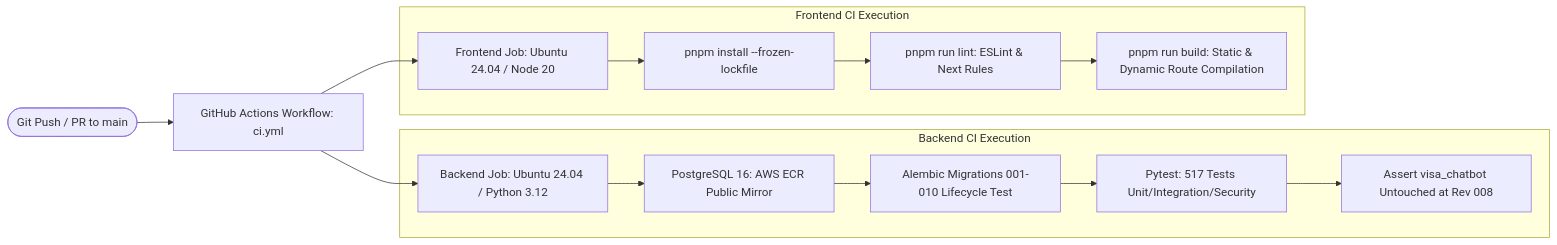
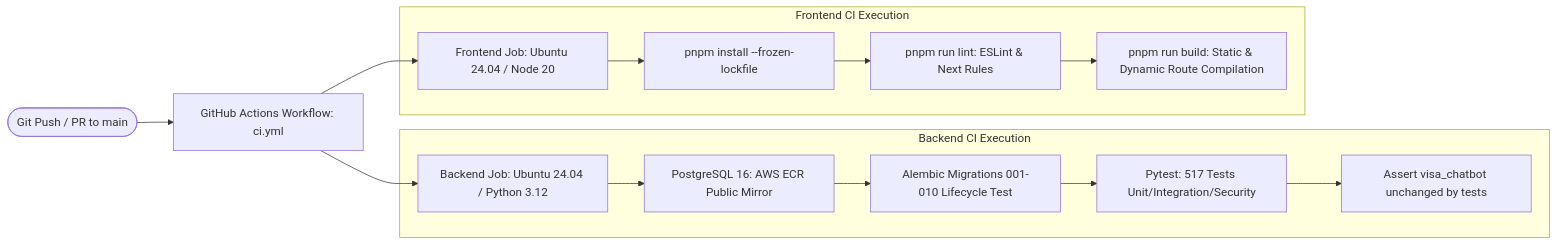
One commit to sukhmansaran/visa-rag-llm changed the second of 2 diagrams in docs/ARCHITECTURE.md. Above: the diagram before and after it, drawn with Mermaid. The commit also changed other lines of this file and 5 other files, not shown here.

First line of the commit message:
fix: drop dev-DB rev-008 freeze; tests now assert the dev DB is unchanged

````diff
--- a/docs/ARCHITECTURE.md
+++ b/docs/ARCHITECTURE.md
@@ -133,19 +133,19 @@
 ```mermaid
 graph LR
     Push([Git Push / PR to main]) --> CI[GitHub Actions Workflow: ci.yml]
     CI --> BackendJob[Backend Job: Ubuntu 24.04 / Python 3.12]
     CI --> FrontendJob[Frontend Job: Ubuntu 24.04 / Node 20]
 
     subgraph Backend CI Execution
         BackendJob --> PGService[PostgreSQL 16: AWS ECR Public Mirror]
         PGService --> AlembicLifecycle[Alembic Migrations 001-010 Lifecycle Test]
         AlembicLifecycle --> PytestSuite[Pytest: 517 Tests Unit/Integration/Security]
-        PytestSuite --> DevDBCheck[Assert visa_chatbot Untouched at Rev 008]
+        PytestSuite --> DevDBCheck[Assert visa_chatbot unchanged by tests]
     end
 
     subgraph Frontend CI Execution
         FrontendJob --> PnpmInstall[pnpm install --frozen-lockfile]
         PnpmInstall --> NextLint[pnpm run lint: ESLint & Next Rules]
         NextLint --> NextBuild[pnpm run build: Static & Dynamic Route Compilation]
     end
 ```
````
